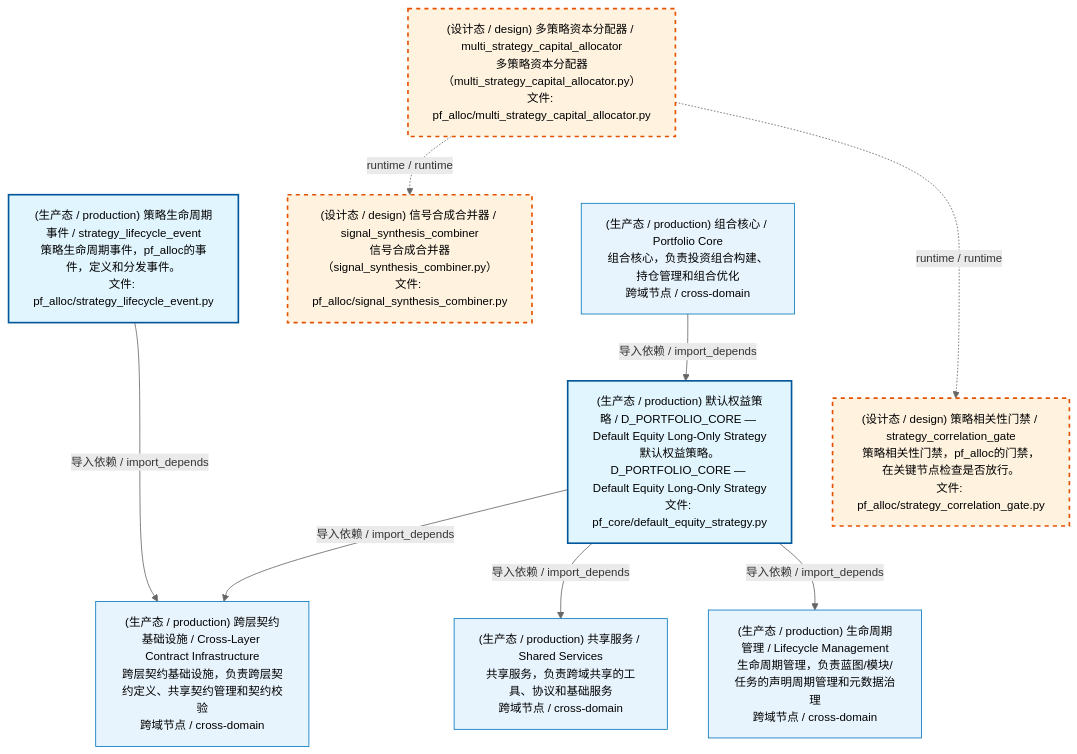
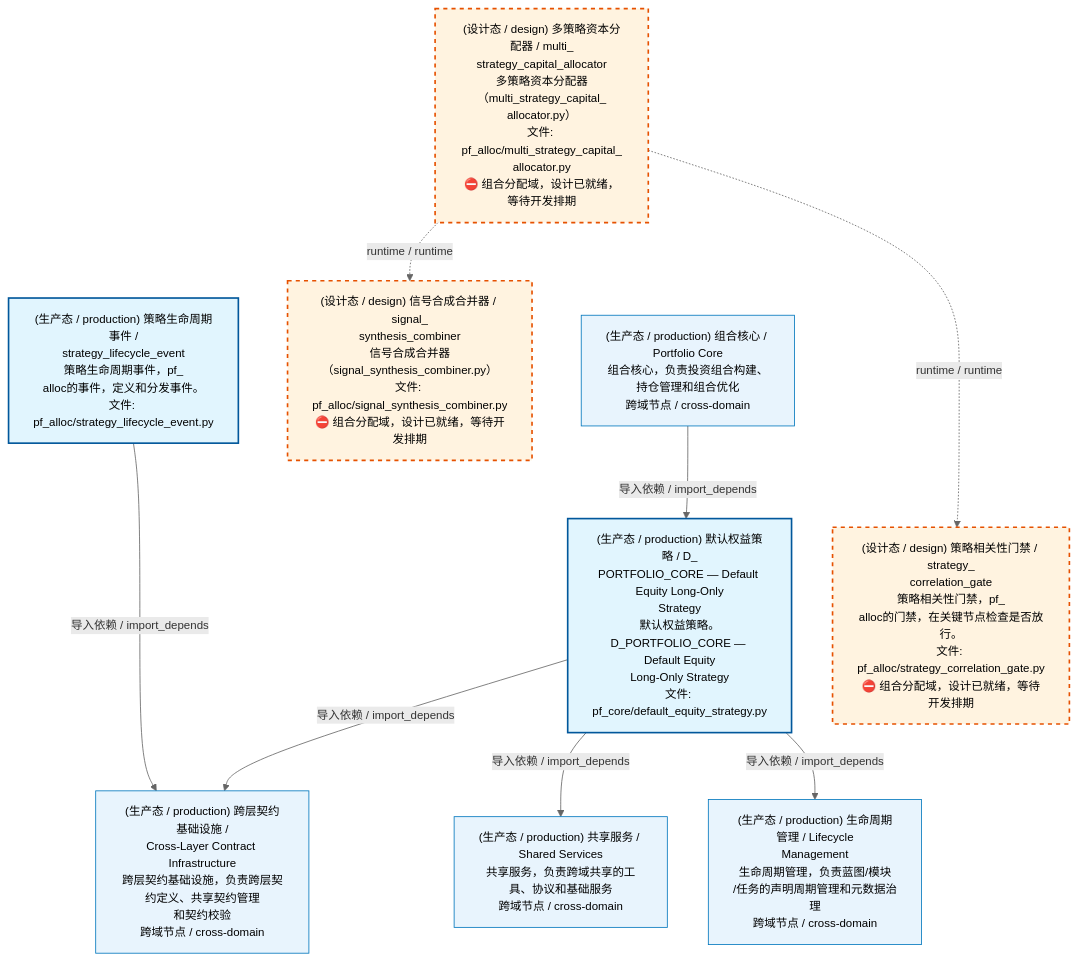
The first of 4 diagrams in docs/02_enterprise_architecture/02_domain_architecture_docs/62_d_pf_alloc.md (xuanFelixVan/ZephyrAlpha), drawn with Mermaid before and after one commit. The commit also changed other lines of this file and 5 other files, not shown here.

````diff
--- a/docs/02_enterprise_architecture/02_domain_architecture_docs/62_d_pf_alloc.md
+++ b/docs/02_enterprise_architecture/02_domain_architecture_docs/62_d_pf_alloc.md
@@ -53,30 +53,30 @@
 ```mermaid
 %%{init: {'theme': 'base', 'themeVariables': {'primaryColor': '#eaeaea', 'primaryTextColor': '#333333', 'primaryBorderColor': '#666666', 'lineColor': '#666666', 'secondaryColor': '#eaeaea', 'tertiaryColor': '#eaeaea', 'fontSize': '14px'}}}%%
 flowchart TD
-    src_zephyr_pf_alloc_multi_strategy_capital_allocator_py["(设计态 / design) 多策略资本分配器 / multi_strategy_capital_allocator<br/>多策略资本分配器（multi_strategy_capital_allocator.py）<br/>文件: pf_alloc/multi_strategy_capital_allocator.py"]
-    src_zephyr_pf_alloc_strategy_lifecycle_event_py["(生产态 / production) 策略生命周期事件 / strategy_lifecycle_event<br/>策略生命周期事件，pf_alloc的事件，定义和分发事件。<br/>文件: pf_alloc/strategy_lifecycle_event.py"]
-    src_zephyr_pf_core_default_equity_strategy_py["(生产态 / production) 默认权益策略 / D_PORTFOLIO_CORE — Default Equity Long-Only Strategy<br/>默认权益策略。D_PORTFOLIO_CORE — Default Equity Long-Only Strategy<br/>文件: pf_core/default_equity_strategy.py"]
+    src_zephyr_pf_alloc_multi_strategy_capital_allocator_py["(设计态 / design) 多策略资本分配器 / multi_<br/>strategy_capital_allocator<br/>多策略资本分配器（multi_strategy_capital_<br/>allocator.py）<br/>文件: pf_alloc/multi_strategy_capital_<br/>allocator.py<br/>⛔ 组合分配域，设计已就绪，等待开发排期"]
+    src_zephyr_pf_alloc_strategy_lifecycle_event_py["(生产态 / production) 策略生命周期事件 /<br/>strategy_lifecycle_event<br/>策略生命周期事件，pf_<br/>alloc的事件，定义和分发事件。<br/>文件: pf_alloc/strategy_lifecycle_event.py"]
+    src_zephyr_pf_core_default_equity_strategy_py["(生产态 / production) 默认权益策略 / D_<br/>PORTFOLIO_CORE — Default Equity Long-Only<br/>Strategy<br/>默认权益策略。D_PORTFOLIO_CORE — Default Equity<br/>Long-Only Strategy<br/>文件: pf_core/default_equity_strategy.py"]
     src_zephyr_pf_alloc_multi_strategy_capital_allocator_py ~~~ src_zephyr_pf_alloc_strategy_lifecycle_event_py
     src_zephyr_pf_alloc_strategy_lifecycle_event_py ~~~ src_zephyr_pf_core_default_equity_strategy_py
-    src_zephyr_pf_alloc_signal_synthesis_combiner_py["(设计态 / design) 信号合成合并器 / signal_synthesis_combiner<br/>信号合成合并器（signal_synthesis_combiner.py）<br/>文件: pf_alloc/signal_synthesis_combiner.py"]
-    src_zephyr_pf_alloc_strategy_correlation_gate_py["(设计态 / design) 策略相关性门禁 / strategy_correlation_gate<br/>策略相关性门禁，pf_alloc的门禁，在关键节点检查是否放行。<br/>文件: pf_alloc/strategy_correlation_gate.py"]
+    src_zephyr_pf_alloc_signal_synthesis_combiner_py["(设计态 / design) 信号合成合并器 / signal_<br/>synthesis_combiner<br/>信号合成合并器（signal_synthesis_combiner.py）<br/>文件: pf_alloc/signal_synthesis_combiner.py<br/>⛔ 组合分配域，设计已就绪，等待开发排期"]
+    src_zephyr_pf_alloc_strategy_correlation_gate_py["(设计态 / design) 策略相关性门禁 / strategy_<br/>correlation_gate<br/>策略相关性门禁，pf_<br/>alloc的门禁，在关键节点检查是否放行。<br/>文件: pf_alloc/strategy_correlation_gate.py<br/>⛔ 组合分配域，设计已就绪，等待开发排期"]
     src_zephyr_pf_alloc_signal_synthesis_combiner_py ~~~ src_zephyr_pf_alloc_strategy_correlation_gate_py
     src_zephyr_pf_alloc_multi_strategy_capital_allocator_py -.->|runtime / runtime| src_zephyr_pf_alloc_signal_synthesis_combiner_py
     src_zephyr_pf_alloc_multi_strategy_capital_allocator_py -.->|runtime / runtime| src_zephyr_pf_alloc_strategy_correlation_gate_py
-    D_INFRASTRUCTURE["(生产态 / production) 跨层契约基础设施 / Cross-Layer Contract Infrastructure<br/>跨层契约基础设施，负责跨层契约定义、共享契约管理和契约校验<br/>跨域节点 / cross-domain"]
+    D_INFRASTRUCTURE["(生产态 / production) 跨层契约基础设施 /<br/>Cross-Layer Contract Infrastructure<br/>跨层契约基础设施，负责跨层契约定义、共享契约管理<br/>和契约校验<br/>跨域节点 / cross-domain"]
     src_zephyr_pf_core_default_equity_strategy_py -->|导入依赖 / import_depends| D_INFRASTRUCTURE
     src_zephyr_pf_alloc_strategy_lifecycle_event_py -->|导入依赖 / import_depends| D_INFRASTRUCTURE
     D_SHARED["(生产态 / production) 共享服务 / Shared Services<br/>共享服务，负责跨域共享的工具、协议和基础服务<br/>跨域节点 / cross-domain"]
     src_zephyr_pf_core_default_equity_strategy_py -->|导入依赖 / import_depends| D_SHARED
-    D_GOVERNANCE["(生产态 / production) 生命周期管理 / Lifecycle Management<br/>生命周期管理，负责蓝图/模块/任务的声明周期管理和元数据治理<br/>跨域节点 / cross-domain"]
+    D_GOVERNANCE["(生产态 / production) 生命周期管理 / Lifecycle<br/>Management<br/>生命周期管理，负责蓝图/模块<br/>/任务的声明周期管理和元数据治理<br/>跨域节点 / cross-domain"]
     src_zephyr_pf_core_default_equity_strategy_py -->|导入依赖 / import_depends| D_GOVERNANCE
     D_PF_CORE["(生产态 / production) 组合核心 / Portfolio Core<br/>组合核心，负责投资组合构建、持仓管理和组合优化<br/>跨域节点 / cross-domain"]
     D_PF_CORE -->|导入依赖 / import_depends| src_zephyr_pf_core_default_equity_strategy_py
     classDef production fill:#e1f5fe,stroke:#01579b,stroke-width:2px,color:#000
     classDef design fill:#fff3e0,stroke:#e65100,stroke-width:2px,color:#000,stroke-dasharray: 5 5
     classDef external_prod fill:#e8f4fd,stroke:#0277bd,stroke-width:1px,color:#000
     classDef external_design fill:#fff8e7,stroke:#ef6c00,stroke-width:1px,color:#000,stroke-dasharray: 5 5
     class src_zephyr_pf_alloc_strategy_lifecycle_event_py,src_zephyr_pf_core_default_equity_strategy_py production
     class src_zephyr_pf_alloc_multi_strategy_capital_allocator_py,src_zephyr_pf_alloc_signal_synthesis_combiner_py,src_zephyr_pf_alloc_strategy_correlation_gate_py design
     class D_INFRASTRUCTURE,D_SHARED,D_GOVERNANCE,D_PF_CORE external_prod
 ```
````
